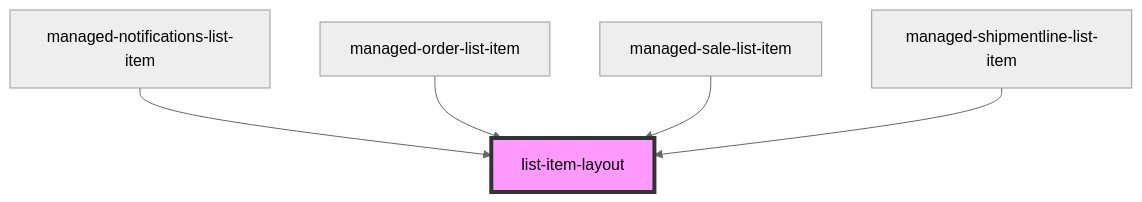
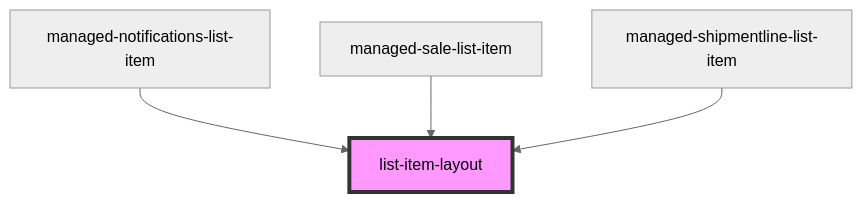
Before and after one commit to PharmaLedger-IMI/fgt-workspace: the diagram in pdm-web-components/src/components/list-item-layout/readme.md, drawn with Mermaid (neutral theme). The commit also changed other lines of this file and 2 other files, not shown here.

Commit message:
refs #51 readme updated

````diff
--- a/pdm-web-components/src/components/list-item-layout/readme.md
+++ b/pdm-web-components/src/components/list-item-layout/readme.md
@@ -29,8 +28,7 @@
 ```mermaid
 graph TD;
   managed-notifications-list-item --> list-item-layout
-  managed-order-list-item --> list-item-layout
   managed-sale-list-item --> list-item-layout
   managed-shipmentline-list-item --> list-item-layout
   style list-item-layout fill:#f9f,stroke:#333,stroke-width:4px
 ```
````
